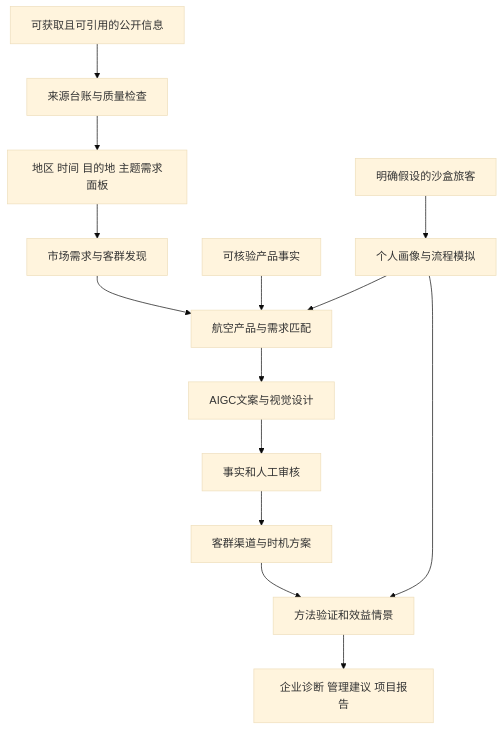
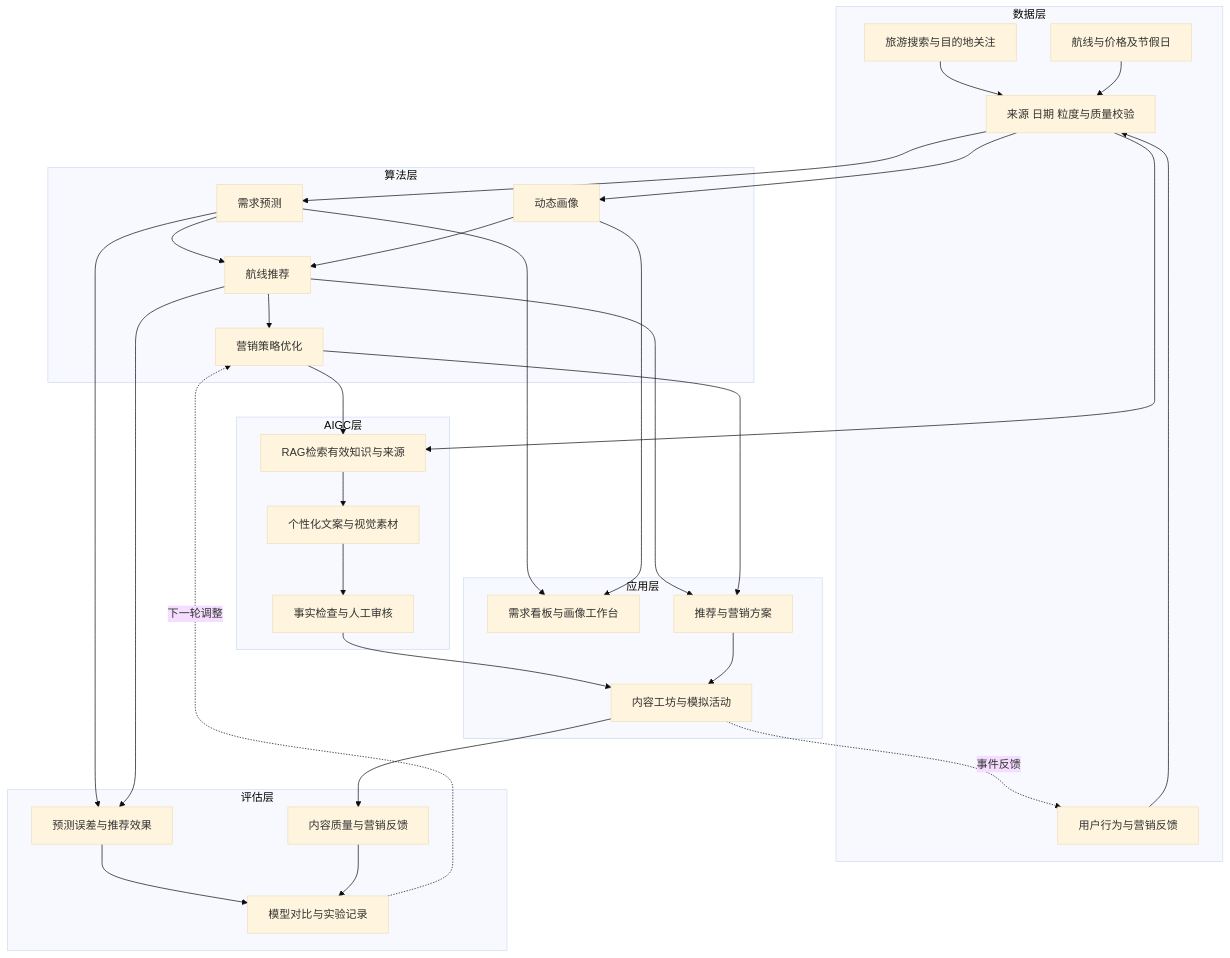
One commit to huayuxuan05-arch/Smart-Aviation-Marketing-Powering-Passenger-Profiling-with-AIGC changed the diagram in docs/architecture.md. Above: the diagram before and after it, drawn with Mermaid (base theme). The commit also changed other lines of this file and 48 other files, not shown here.

Commit message:
refactor: rebuild Hanglv Zhice project around five-layer architecture

````diff
--- a/docs/architecture.md
+++ b/docs/architecture.md
@@ -5,16 +5,54 @@
 ```mermaid
 flowchart TD
-    A[可获取且可引用的公开信息] --> B[来源台账与质量检查]
-    B --> C[地区 时间 目的地 主题需求面板]
-    C --> D[市场需求与客群发现]
-    D --> F[航空产品与需求匹配]
-    P[可核验产品事实] --> F
-    F --> G[AIGC文案与视觉设计]
-    G --> H[事实和人工审核]
-    H --> I[客群渠道与时机方案]
-    I --> J[方法验证和效益情景]
-    S[明确假设的沙盒旅客] --> T[个人画像与流程模拟]
-    T --> F
-    T --> J
-    J --> K[企业诊断 管理建议 项目报告]
+  subgraph D[数据层]
+    D1[旅游搜索与目的地关注]
+    D2[航线与价格及节假日]
+    D3[用户行为与营销反馈]
+    D4[来源 日期 粒度与质量校验]
+    D1 --> D4
+    D2 --> D4
+    D3 --> D4
+  end
+  subgraph M[算法层]
+    M1[需求预测]
+    M2[动态画像]
+    M3[航线推荐]
+    M4[营销策略优化]
+    M1 --> M3
+    M2 --> M3
+    M3 --> M4
+  end
+  subgraph G[AIGC层]
+    G1[RAG检索有效知识与来源]
+    G2[个性化文案与视觉素材]
+    G3[事实检查与人工审核]
+    G1 --> G2 --> G3
+  end
+  subgraph A[应用层]
+    A1[需求看板与画像工作台]
+    A2[推荐与营销方案]
+    A3[内容工坊与模拟活动]
+  end
+  subgraph E[评估层]
+    E1[预测误差与推荐效果]
+    E2[内容质量与营销反馈]
+    E3[模型对比与实验记录]
+  end
+  D4 --> M1
+  D4 --> M2
+  D4 --> G1
+  M4 --> G1
+  M1 --> A1
+  M2 --> A1
+  M3 --> A2
+  M4 --> A2
+  G3 --> A3
+  A2 --> A3
+  A3 --> E2
+  M1 --> E1
+  M3 --> E1
+  E1 --> E3
+  E2 --> E3
+  E3 -.下一轮调整.-> M4
+  A3 -.事件反馈.-> D3
 ```
````
